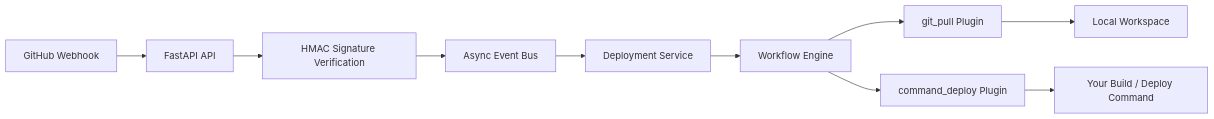
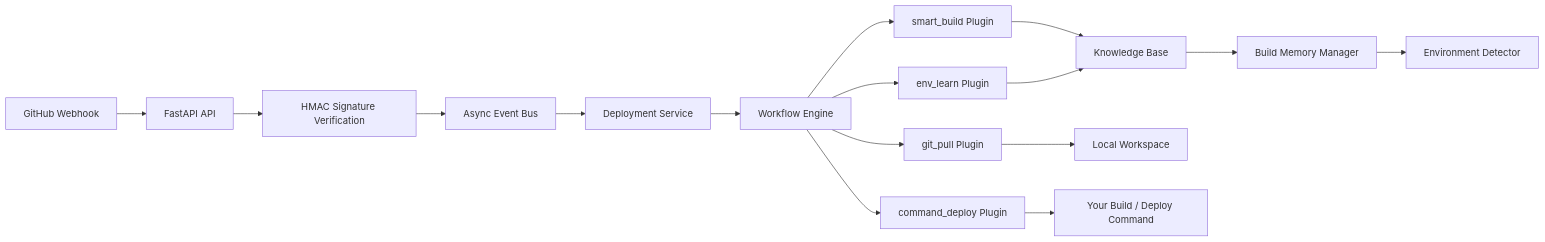
The diagram in README.md (rockmelodies/buildclaw), drawn with Mermaid before and after one commit. The commit also changed other lines of this file and 12 other files, not shown here.

````diff
--- a/README.md
+++ b/README.md
@@ -74,12 +115,18 @@
 ```mermaid
 flowchart LR
     GH[GitHub Webhook] --> API[FastAPI API]
     API --> SIG[HMAC Signature Verification]
     SIG --> BUS[Async Event Bus]
     BUS --> DEPLOY[Deployment Service]
     DEPLOY --> WF[Workflow Engine]
     WF --> GIT[git_pull Plugin]
+    WF --> SMART[smart_build Plugin]
     WF --> CMD[command_deploy Plugin]
+    WF --> LEARN[env_learn Plugin]
+    SMART --> KB[Knowledge Base]
+    LEARN --> KB
+    KB --> MEM[Build Memory Manager]
+    MEM --> DET[Environment Detector]
     GIT --> WS[Local Workspace]
     CMD --> TARGET[Your Build / Deploy Command]
 ```
````
